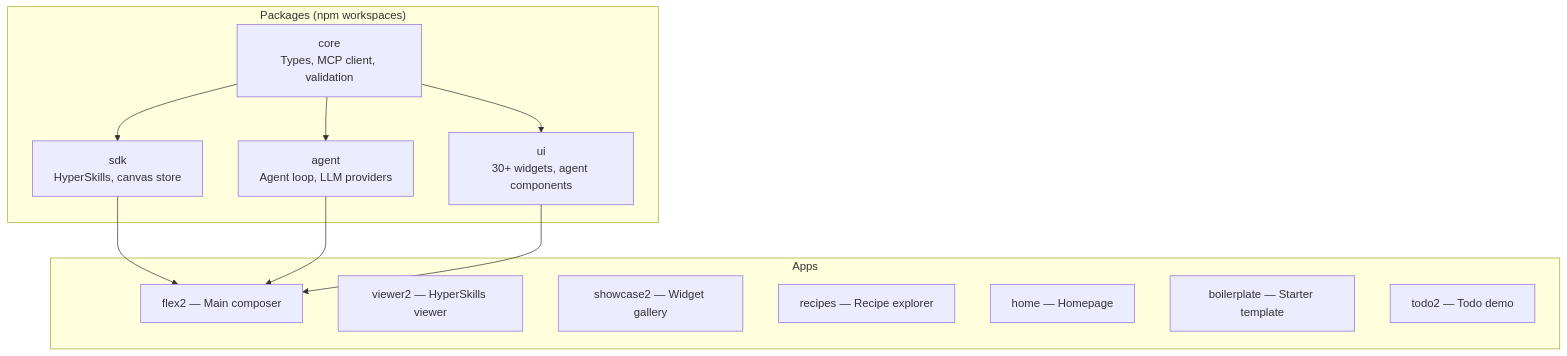
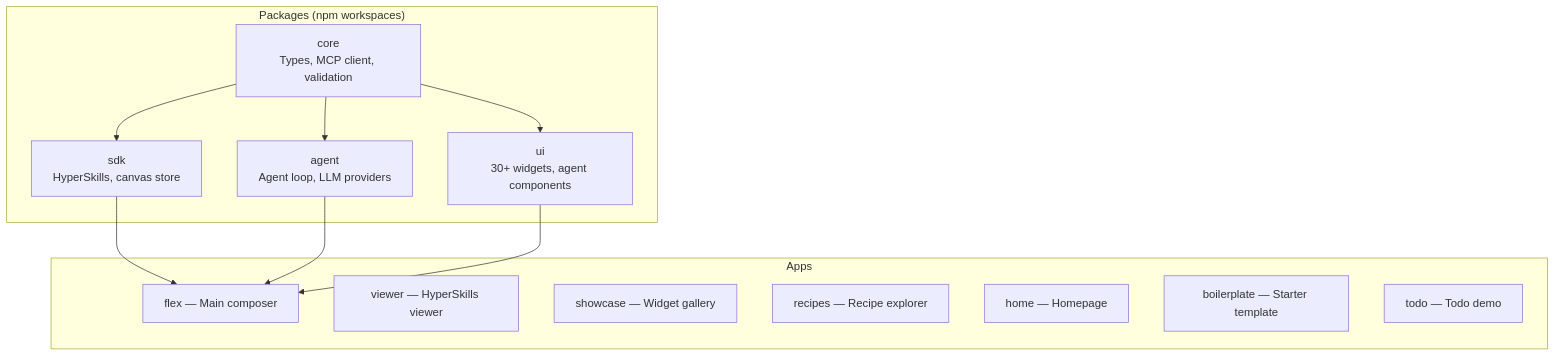
The diagram in docs-site/src/content/docs/en/guide/contributing.mdx (jeanbaptiste/webmcp-auto-ui), drawn with Mermaid before and after one commit. The commit also changed other lines of this file and 131 other files, not shown here.

````diff
--- a/docs-site/src/content/docs/en/guide/contributing.mdx
+++ b/docs-site/src/content/docs/en/guide/contributing.mdx
@@ -12,26 +12,26 @@
 ```mermaid
 graph TD
     subgraph "Packages (npm workspaces)"
         CORE["core<br/>Types, MCP client, validation"]
         SDK["sdk<br/>HyperSkills, canvas store"]
         AGENT["agent<br/>Agent loop, LLM providers"]
         UI["ui<br/>30+ widgets, agent components"]
     end
 
     subgraph "Apps"
-        FLEX[flex2 — Main composer]
-        VIEWER[viewer2 — HyperSkills viewer]
-        SHOWCASE[showcase2 — Widget gallery]
+        FLEX[flex — Main composer]
+        VIEWER[viewer — HyperSkills viewer]
+        SHOWCASE[showcase — Widget gallery]
         RECIPES[recipes — Recipe explorer]
         HOME[home — Homepage]
         BOILER[boilerplate — Starter template]
-        TODO[todo2 — Todo demo]
+        TODO[todo — Todo demo]
     end
 
     CORE --> SDK
     CORE --> AGENT
     CORE --> UI
     SDK --> FLEX
     AGENT --> FLEX
     UI --> FLEX
 ```
````
